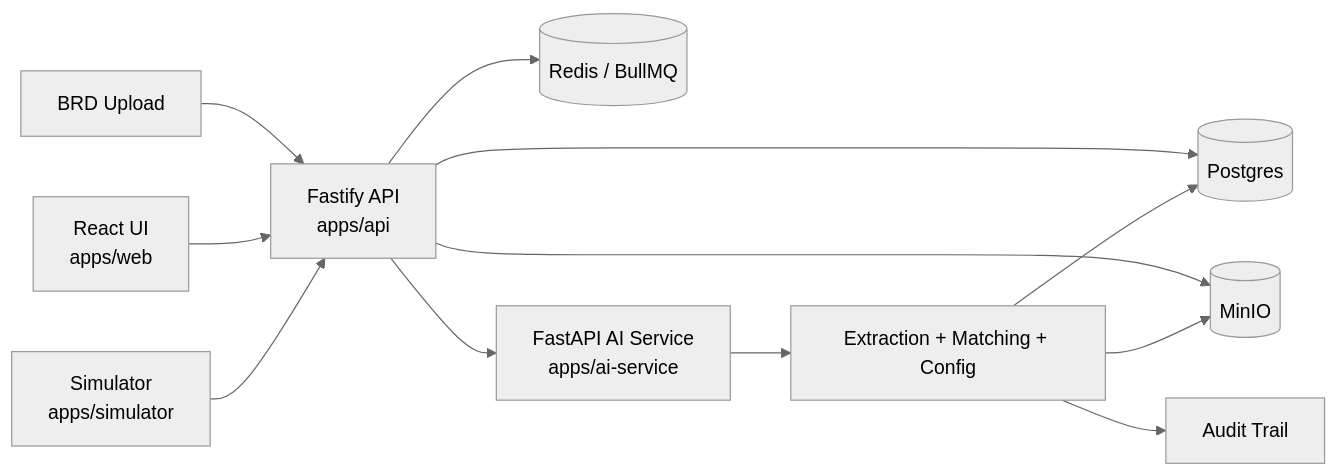
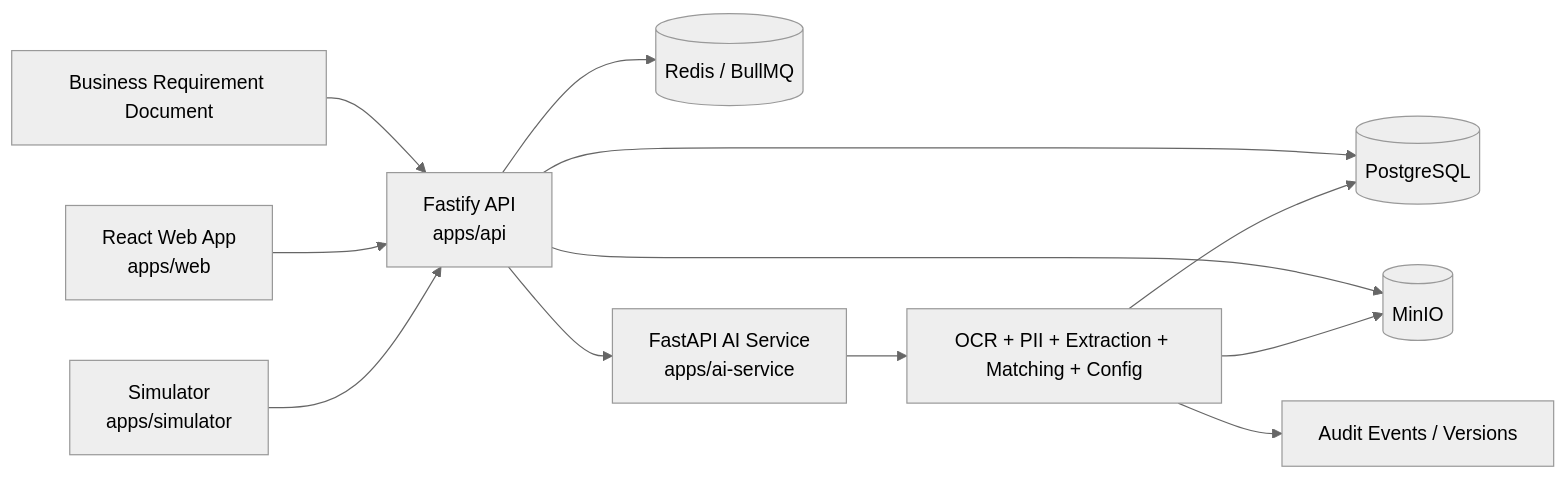
Before and after one commit to Kartikeya-guthub/finspark--orchestrator: the diagram in README.md, drawn with Mermaid (neutral theme). The commit also changed other lines of this file, not shown here.

````diff
--- a/README.md
+++ b/README.md
@@ -22,14 +31,14 @@
 ```mermaid
 flowchart LR
-	BRD[BRD Upload] --> API[Fastify API\napps/api]
-	API --> DB[(Postgres)]
-	API --> OBJ[(MinIO)]
-	API --> QUEUE[(Redis / BullMQ)]
-	API --> AI[FastAPI AI Service\napps/ai-service]
-	AI --> EXT[Extraction + Matching + Config]
-	EXT --> DB
-	EXT --> OBJ
-	EXT --> AUDIT[Audit Trail]
-	WEB[React UI\napps/web] --> API
-	SIM[Simulator\napps/simulator] --> API
+    BRD[Business Requirement Document] --> API[Fastify API<br/>apps/api]
+    API --> PG[(PostgreSQL)]
+    API --> REDIS[(Redis / BullMQ)]
+    API --> MINIO[(MinIO)]
+    API --> AI[FastAPI AI Service<br/>apps/ai-service]
+    AI --> PIPE[OCR + PII + Extraction + Matching + Config]
+    PIPE --> PG
+    PIPE --> MINIO
+    PIPE --> AUDIT[Audit Events / Versions]
+    WEB[React Web App<br/>apps/web] --> API
+    SIM[Simulator<br/>apps/simulator] --> API
 ```
````
